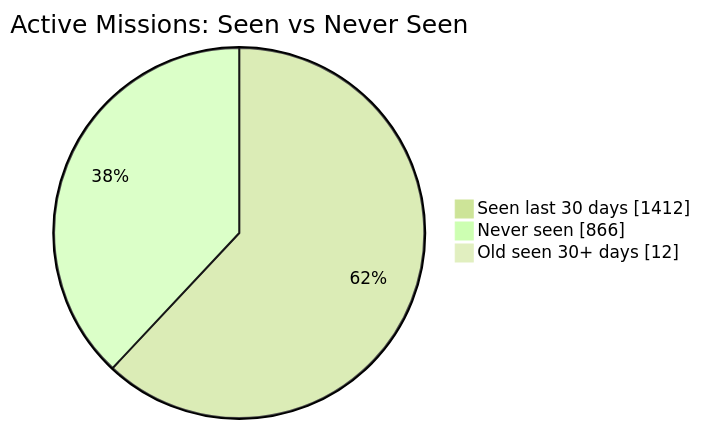
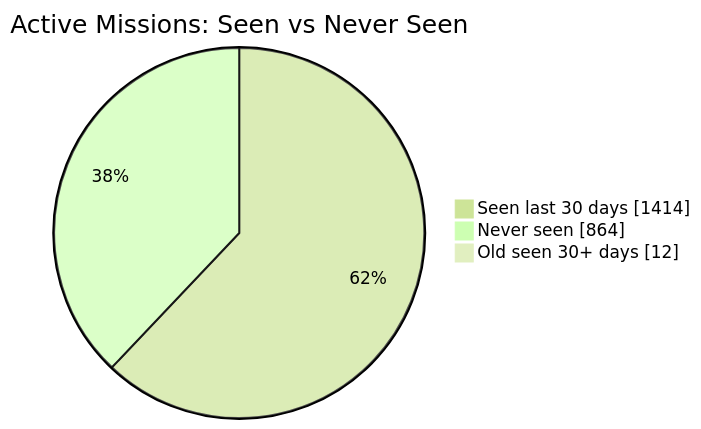
Before and after one commit to MeldkamerspelGameTeam/active-missions: the first of 2 diagrams in README.md, drawn with Mermaid (forest theme). The commit also changed other lines of this file and 2 other files, not shown here.

````diff
--- a/README.md
+++ b/README.md
@@ -34,7 +34,7 @@
 ```mermaid
 pie showData
     title Active Missions: Seen vs Never Seen
-    "Seen last 30 days" : 1412
-    "Never seen" : 866
+    "Seen last 30 days" : 1414
+    "Never seen" : 864
     "Old seen 30+ days" : 12
 ```
````
